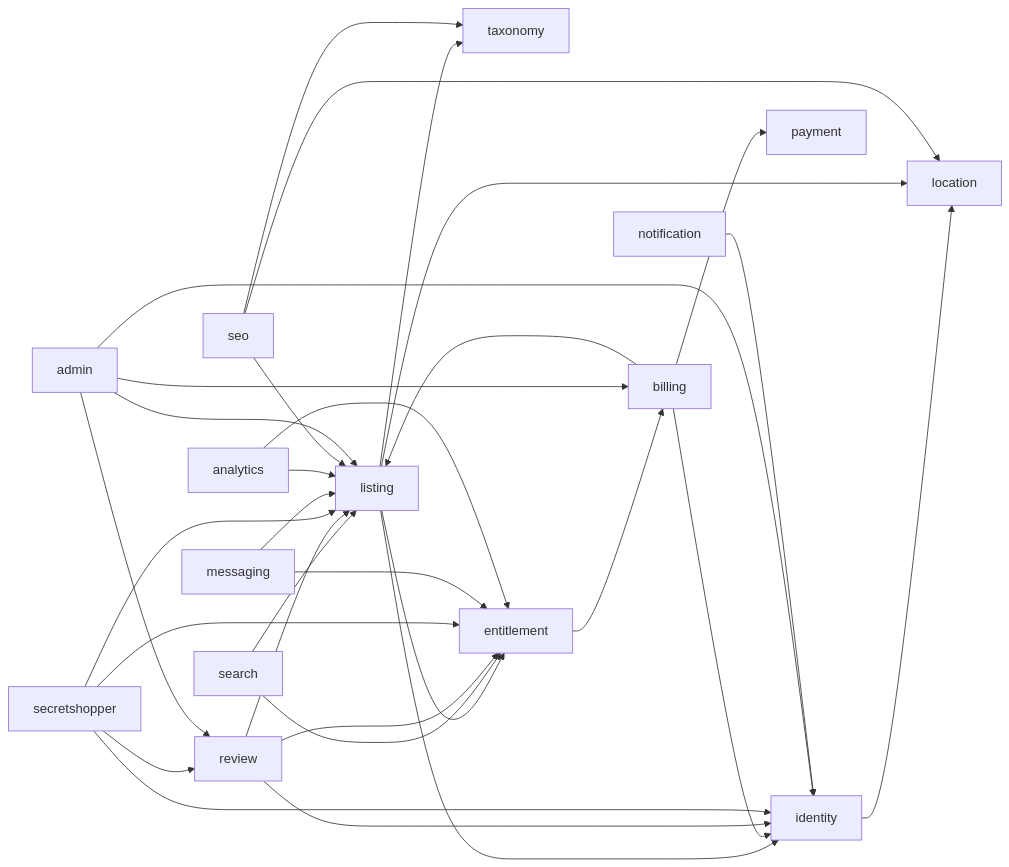
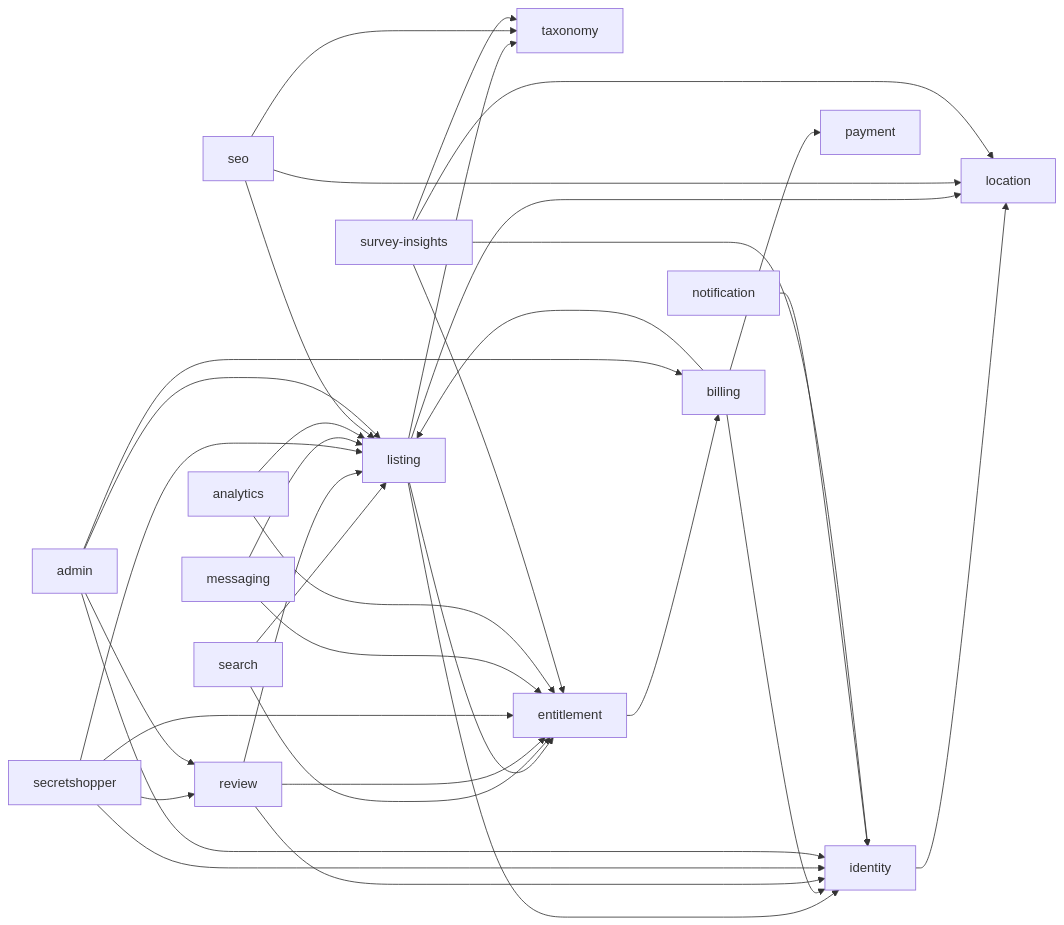
The third of 15 diagrams in docs/architecture/system-overview.md (Rohanb1836/directory-app-infra-rohan), drawn with Mermaid before and after one commit. The commit also changed other lines of this file and 17 other files, not shown here.

````diff
--- a/docs/architecture/system-overview.md
+++ b/docs/architecture/system-overview.md
@@ -174,33 +183,37 @@
 ```mermaid
 flowchart LR
     identity --> location
     listing --> location
     listing --> taxonomy
     listing --> identity
     listing --> entitlement
     search --> listing
     search --> entitlement
     billing --> identity
     billing --> listing
     billing --> payment
     entitlement --> billing
     review --> listing
     review --> identity
     review --> entitlement
     secretshopper --> identity
     secretshopper --> listing
     secretshopper --> review
     secretshopper --> entitlement
     messaging --> listing
     messaging --> entitlement
     analytics --> listing
     analytics --> entitlement
     seo --> listing
     seo --> taxonomy
     seo --> location
     admin --> identity
     admin --> listing
     admin --> review
     admin --> billing
     notification --> identity
+    surveyinsights["survey-insights"] --> location
+    surveyinsights --> identity
+    surveyinsights --> taxonomy
+    surveyinsights --> entitlement
 ```
````
